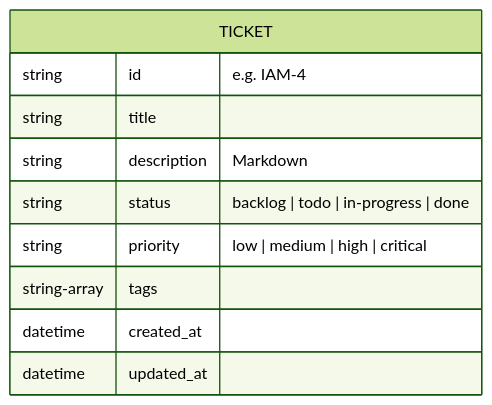
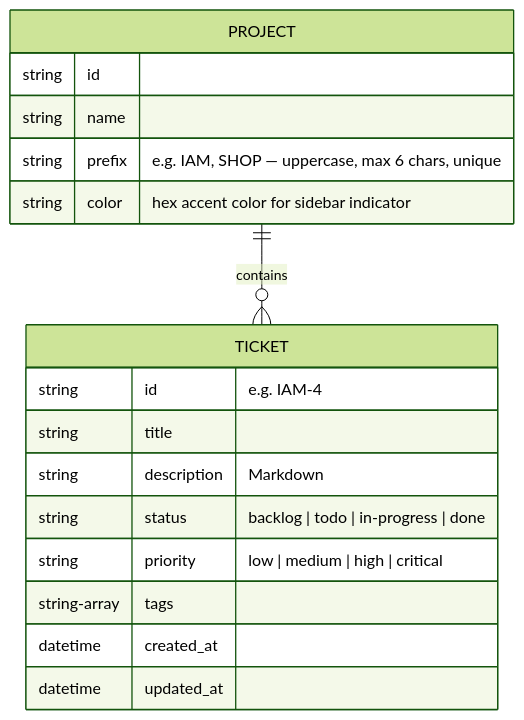
One commit to iamcaominhtien/kanban-board-mcp changed the diagram in docs/ba-kanban-ui-spec.md. Above: the diagram before and after it, drawn with Mermaid (forest theme). The commit also changed other lines of this file and 2 other files, not shown here.

Commit message:
feat(docs): update project manager and qc agent tools and models

````diff
--- a/docs/ba-kanban-ui-spec.md
+++ b/docs/ba-kanban-ui-spec.md
@@ -51,13 +56,20 @@
 ```mermaid
 erDiagram
+    PROJECT ||--o{ TICKET : contains
+    PROJECT {
+        string id
+        string name
+        string prefix "e.g. IAM, SHOP — uppercase, max 6 chars, unique"
+        string color "hex accent color for sidebar indicator"
+    }
     TICKET {
         string id "e.g. IAM-4"
         string title
         string description "Markdown"
         string status "backlog | todo | in-progress | done"
         string priority "low | medium | high | critical"
         string-array tags
         datetime created_at
         datetime updated_at
     }
 ```
````
